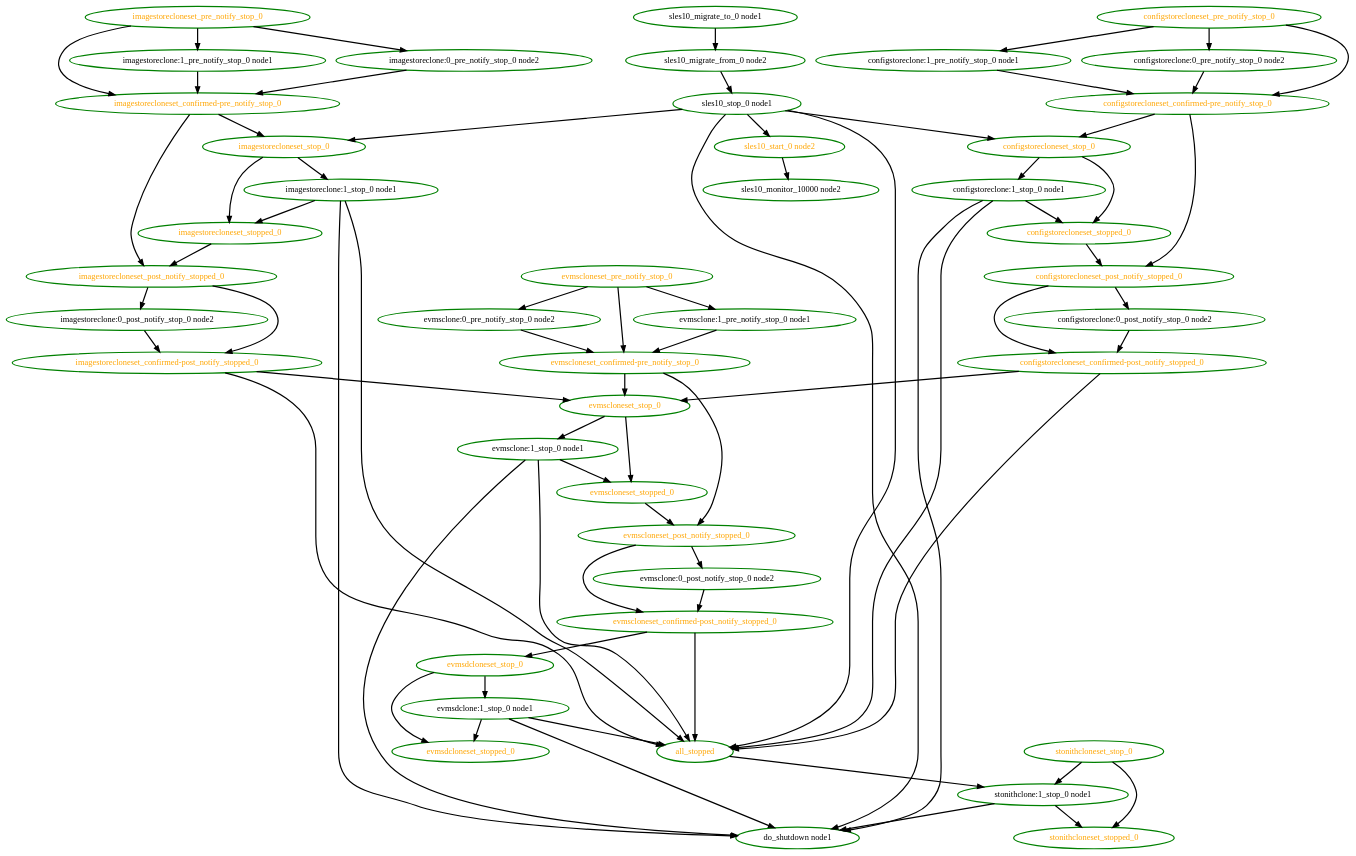
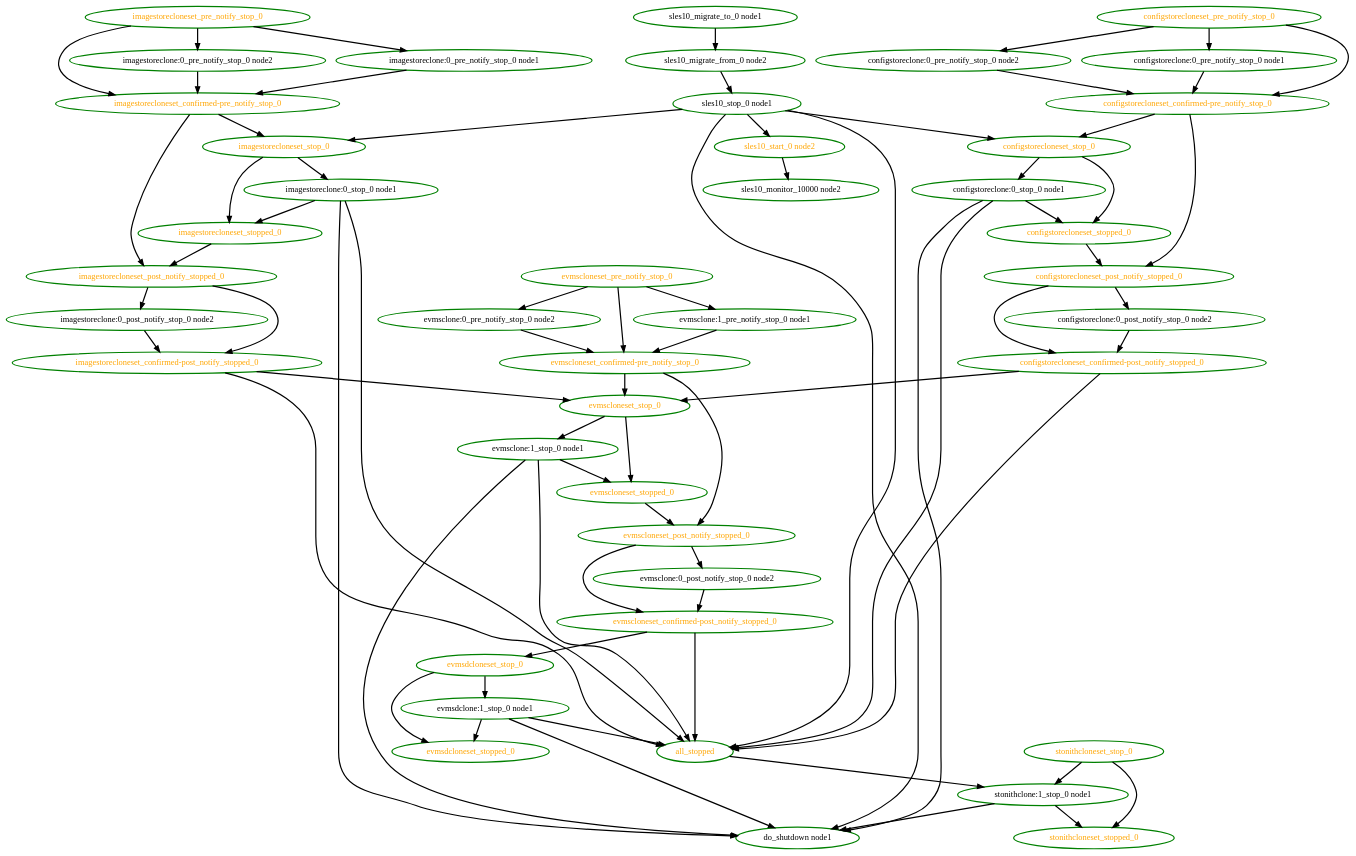
The diagram in pengine/test10/novell-252693.dot (ClusterLabs/pacemaker), drawn with Graphviz before and after one commit. The commit also changed 12 other files, not shown here.

First line of the commit message:
Low: PE: Create the dot graphs based on the resource names from the status section

```diff
--- a/pengine/test10/novell-252693.dot
+++ b/pengine/test10/novell-252693.dot
@@ -1,117 +1,117 @@
  digraph "g" {
 "all_stopped" -> "stonithclone:1_stop_0 node1" [ style = bold]
 "all_stopped" [ style=bold color="green" fontcolor="orange" ]
 "configstoreclone:0_post_notify_stop_0 node2" -> "configstorecloneset_confirmed-post_notify_stopped_0" [ style = bold]
 "configstoreclone:0_post_notify_stop_0 node2" [ style=bold color="green" fontcolor="black" ]
+"configstoreclone:0_pre_notify_stop_0 node1" -> "configstorecloneset_confirmed-pre_notify_stop_0" [ style = bold]
+"configstoreclone:0_pre_notify_stop_0 node1" [ style=bold color="green" fontcolor="black"]
 "configstoreclone:0_pre_notify_stop_0 node2" -> "configstorecloneset_confirmed-pre_notify_stop_0" [ style = bold]
 "configstoreclone:0_pre_notify_stop_0 node2" [ style=bold color="green" fontcolor="black" ]
-"configstoreclone:1_pre_notify_stop_0 node1" -> "configstorecloneset_confirmed-pre_notify_stop_0" [ style = bold]
-"configstoreclone:1_pre_notify_stop_0 node1" [ style=bold color="green" fontcolor="black" ]
-"configstoreclone:1_stop_0 node1" -> "all_stopped" [ style = bold]
-"configstoreclone:1_stop_0 node1" -> "configstorecloneset_stopped_0" [ style = bold]
-"configstoreclone:1_stop_0 node1" -> "do_shutdown node1" [ style = bold]
-"configstoreclone:1_stop_0 node1" [ style=bold color="green" fontcolor="black" ]
+"configstoreclone:0_stop_0 node1" -> "all_stopped" [ style = bold]
+"configstoreclone:0_stop_0 node1" -> "configstorecloneset_stopped_0" [ style = bold]
+"configstoreclone:0_stop_0 node1" -> "do_shutdown node1" [ style = bold]
+"configstoreclone:0_stop_0 node1" [ style=bold color="green" fontcolor="black"]
 "configstorecloneset_confirmed-post_notify_stopped_0" -> "all_stopped" [ style = bold]
 "configstorecloneset_confirmed-post_notify_stopped_0" -> "evmscloneset_stop_0" [ style = bold]
 "configstorecloneset_confirmed-post_notify_stopped_0" [ style=bold color="green" fontcolor="orange" ]
 "configstorecloneset_confirmed-pre_notify_stop_0" -> "configstorecloneset_post_notify_stopped_0" [ style = bold]
 "configstorecloneset_confirmed-pre_notify_stop_0" -> "configstorecloneset_stop_0" [ style = bold]
 "configstorecloneset_confirmed-pre_notify_stop_0" [ style=bold color="green" fontcolor="orange" ]
 "configstorecloneset_post_notify_stopped_0" -> "configstoreclone:0_post_notify_stop_0 node2" [ style = bold]
 "configstorecloneset_post_notify_stopped_0" -> "configstorecloneset_confirmed-post_notify_stopped_0" [ style = bold]
 "configstorecloneset_post_notify_stopped_0" [ style=bold color="green" fontcolor="orange" ]
+"configstorecloneset_pre_notify_stop_0" -> "configstoreclone:0_pre_notify_stop_0 node1" [ style = bold]
 "configstorecloneset_pre_notify_stop_0" -> "configstoreclone:0_pre_notify_stop_0 node2" [ style = bold]
-"configstorecloneset_pre_notify_stop_0" -> "configstoreclone:1_pre_notify_stop_0 node1" [ style = bold]
 "configstorecloneset_pre_notify_stop_0" -> "configstorecloneset_confirmed-pre_notify_stop_0" [ style = bold]
 "configstorecloneset_pre_notify_stop_0" [ style=bold color="green" fontcolor="orange" ]
-"configstorecloneset_stop_0" -> "configstoreclone:1_stop_0 node1" [ style = bold]
+"configstorecloneset_stop_0" -> "configstoreclone:0_stop_0 node1" [ style = bold]
 "configstorecloneset_stop_0" -> "configstorecloneset_stopped_0" [ style = bold]
 "configstorecloneset_stop_0" [ style=bold color="green" fontcolor="orange" ]
 "configstorecloneset_stopped_0" -> "configstorecloneset_post_notify_stopped_0" [ style = bold]
 "configstorecloneset_stopped_0" [ style=bold color="green" fontcolor="orange" ]
 "do_shutdown node1" [ style=bold color="green" fontcolor="black" ]
 "evmsclone:0_post_notify_stop_0 node2" -> "evmscloneset_confirmed-post_notify_stopped_0" [ style = bold]
 "evmsclone:0_post_notify_stop_0 node2" [ style=bold color="green" fontcolor="black" ]
 "evmsclone:0_pre_notify_stop_0 node2" -> "evmscloneset_confirmed-pre_notify_stop_0" [ style = bold]
 "evmsclone:0_pre_notify_stop_0 node2" [ style=bold color="green" fontcolor="black" ]
 "evmsclone:1_pre_notify_stop_0 node1" -> "evmscloneset_confirmed-pre_notify_stop_0" [ style = bold]
 "evmsclone:1_pre_notify_stop_0 node1" [ style=bold color="green" fontcolor="black" ]
 "evmsclone:1_stop_0 node1" -> "all_stopped" [ style = bold]
 "evmsclone:1_stop_0 node1" -> "do_shutdown node1" [ style = bold]
 "evmsclone:1_stop_0 node1" -> "evmscloneset_stopped_0" [ style = bold]
 "evmsclone:1_stop_0 node1" [ style=bold color="green" fontcolor="black" ]
 "evmscloneset_confirmed-post_notify_stopped_0" -> "all_stopped" [ style = bold]
 "evmscloneset_confirmed-post_notify_stopped_0" -> "evmsdcloneset_stop_0" [ style = bold]
 "evmscloneset_confirmed-post_notify_stopped_0" [ style=bold color="green" fontcolor="orange" ]
 "evmscloneset_confirmed-pre_notify_stop_0" -> "evmscloneset_post_notify_stopped_0" [ style = bold]
 "evmscloneset_confirmed-pre_notify_stop_0" -> "evmscloneset_stop_0" [ style = bold]
 "evmscloneset_confirmed-pre_notify_stop_0" [ style=bold color="green" fontcolor="orange" ]
 "evmscloneset_post_notify_stopped_0" -> "evmsclone:0_post_notify_stop_0 node2" [ style = bold]
 "evmscloneset_post_notify_stopped_0" -> "evmscloneset_confirmed-post_notify_stopped_0" [ style = bold]
 "evmscloneset_post_notify_stopped_0" [ style=bold color="green" fontcolor="orange" ]
 "evmscloneset_pre_notify_stop_0" -> "evmsclone:0_pre_notify_stop_0 node2" [ style = bold]
 "evmscloneset_pre_notify_stop_0" -> "evmsclone:1_pre_notify_stop_0 node1" [ style = bold]
 "evmscloneset_pre_notify_stop_0" -> "evmscloneset_confirmed-pre_notify_stop_0" [ style = bold]
 "evmscloneset_pre_notify_stop_0" [ style=bold color="green" fontcolor="orange" ]
 "evmscloneset_stop_0" -> "evmsclone:1_stop_0 node1" [ style = bold]
 "evmscloneset_stop_0" -> "evmscloneset_stopped_0" [ style = bold]
 "evmscloneset_stop_0" [ style=bold color="green" fontcolor="orange" ]
 "evmscloneset_stopped_0" -> "evmscloneset_post_notify_stopped_0" [ style = bold]
 "evmscloneset_stopped_0" [ style=bold color="green" fontcolor="orange" ]
 "evmsdclone:1_stop_0 node1" -> "all_stopped" [ style = bold]
 "evmsdclone:1_stop_0 node1" -> "do_shutdown node1" [ style = bold]
 "evmsdclone:1_stop_0 node1" -> "evmsdcloneset_stopped_0" [ style = bold]
 "evmsdclone:1_stop_0 node1" [ style=bold color="green" fontcolor="black" ]
 "evmsdcloneset_stop_0" -> "evmsdclone:1_stop_0 node1" [ style = bold]
 "evmsdcloneset_stop_0" -> "evmsdcloneset_stopped_0" [ style = bold]
 "evmsdcloneset_stop_0" [ style=bold color="green" fontcolor="orange" ]
 "evmsdcloneset_stopped_0" [ style=bold color="green" fontcolor="orange" ]
 "imagestoreclone:0_post_notify_stop_0 node2" -> "imagestorecloneset_confirmed-post_notify_stopped_0" [ style = bold]
 "imagestoreclone:0_post_notify_stop_0 node2" [ style=bold color="green" fontcolor="black" ]
+"imagestoreclone:0_pre_notify_stop_0 node1" -> "imagestorecloneset_confirmed-pre_notify_stop_0" [ style = bold]
+"imagestoreclone:0_pre_notify_stop_0 node1" [ style=bold color="green" fontcolor="black"]
 "imagestoreclone:0_pre_notify_stop_0 node2" -> "imagestorecloneset_confirmed-pre_notify_stop_0" [ style = bold]
 "imagestoreclone:0_pre_notify_stop_0 node2" [ style=bold color="green" fontcolor="black" ]
-"imagestoreclone:1_pre_notify_stop_0 node1" -> "imagestorecloneset_confirmed-pre_notify_stop_0" [ style = bold]
-"imagestoreclone:1_pre_notify_stop_0 node1" [ style=bold color="green" fontcolor="black" ]
-"imagestoreclone:1_stop_0 node1" -> "all_stopped" [ style = bold]
-"imagestoreclone:1_stop_0 node1" -> "do_shutdown node1" [ style = bold]
-"imagestoreclone:1_stop_0 node1" -> "imagestorecloneset_stopped_0" [ style = bold]
-"imagestoreclone:1_stop_0 node1" [ style=bold color="green" fontcolor="black" ]
+"imagestoreclone:0_stop_0 node1" -> "all_stopped" [ style = bold]
+"imagestoreclone:0_stop_0 node1" -> "do_shutdown node1" [ style = bold]
+"imagestoreclone:0_stop_0 node1" -> "imagestorecloneset_stopped_0" [ style = bold]
+"imagestoreclone:0_stop_0 node1" [ style=bold color="green" fontcolor="black"]
 "imagestorecloneset_confirmed-post_notify_stopped_0" -> "all_stopped" [ style = bold]
 "imagestorecloneset_confirmed-post_notify_stopped_0" -> "evmscloneset_stop_0" [ style = bold]
 "imagestorecloneset_confirmed-post_notify_stopped_0" [ style=bold color="green" fontcolor="orange" ]
 "imagestorecloneset_confirmed-pre_notify_stop_0" -> "imagestorecloneset_post_notify_stopped_0" [ style = bold]
 "imagestorecloneset_confirmed-pre_notify_stop_0" -> "imagestorecloneset_stop_0" [ style = bold]
 "imagestorecloneset_confirmed-pre_notify_stop_0" [ style=bold color="green" fontcolor="orange" ]
 "imagestorecloneset_post_notify_stopped_0" -> "imagestoreclone:0_post_notify_stop_0 node2" [ style = bold]
 "imagestorecloneset_post_notify_stopped_0" -> "imagestorecloneset_confirmed-post_notify_stopped_0" [ style = bold]
 "imagestorecloneset_post_notify_stopped_0" [ style=bold color="green" fontcolor="orange" ]
+"imagestorecloneset_pre_notify_stop_0" -> "imagestoreclone:0_pre_notify_stop_0 node1" [ style = bold]
 "imagestorecloneset_pre_notify_stop_0" -> "imagestoreclone:0_pre_notify_stop_0 node2" [ style = bold]
-"imagestorecloneset_pre_notify_stop_0" -> "imagestoreclone:1_pre_notify_stop_0 node1" [ style = bold]
 "imagestorecloneset_pre_notify_stop_0" -> "imagestorecloneset_confirmed-pre_notify_stop_0" [ style = bold]
 "imagestorecloneset_pre_notify_stop_0" [ style=bold color="green" fontcolor="orange" ]
-"imagestorecloneset_stop_0" -> "imagestoreclone:1_stop_0 node1" [ style = bold]
+"imagestorecloneset_stop_0" -> "imagestoreclone:0_stop_0 node1" [ style = bold]
 "imagestorecloneset_stop_0" -> "imagestorecloneset_stopped_0" [ style = bold]
 "imagestorecloneset_stop_0" [ style=bold color="green" fontcolor="orange" ]
 "imagestorecloneset_stopped_0" -> "imagestorecloneset_post_notify_stopped_0" [ style = bold]
 "imagestorecloneset_stopped_0" [ style=bold color="green" fontcolor="orange" ]
 "sles10_migrate_from_0 node2" -> "sles10_stop_0 node1" [ style = bold]
 "sles10_migrate_from_0 node2" [ style=bold color="green" fontcolor="black" ]
 "sles10_migrate_to_0 node1" -> "sles10_migrate_from_0 node2" [ style = bold]
 "sles10_migrate_to_0 node1" [ style=bold color="green" fontcolor="black" ]
 "sles10_monitor_10000 node2" [ style=bold color="green" fontcolor="black" ]
 "sles10_start_0 node2" -> "sles10_monitor_10000 node2" [ style = bold]
 "sles10_start_0 node2" [ style=bold color="green" fontcolor="orange" ]
 "sles10_stop_0 node1" -> "all_stopped" [ style = bold]
 "sles10_stop_0 node1" -> "configstorecloneset_stop_0" [ style = bold]
 "sles10_stop_0 node1" -> "do_shutdown node1" [ style = bold]
 "sles10_stop_0 node1" -> "imagestorecloneset_stop_0" [ style = bold]
 "sles10_stop_0 node1" -> "sles10_start_0 node2" [ style = bold]
 "sles10_stop_0 node1" [ style=bold color="green" fontcolor="black" ]
 "stonithclone:1_stop_0 node1" -> "do_shutdown node1" [ style = bold]
 "stonithclone:1_stop_0 node1" -> "stonithcloneset_stopped_0" [ style = bold]
 "stonithclone:1_stop_0 node1" [ style=bold color="green" fontcolor="black" ]
 "stonithcloneset_stop_0" -> "stonithclone:1_stop_0 node1" [ style = bold]
 "stonithcloneset_stop_0" -> "stonithcloneset_stopped_0" [ style = bold]
 "stonithcloneset_stop_0" [ style=bold color="green" fontcolor="orange" ]
 "stonithcloneset_stopped_0" [ style=bold color="green" fontcolor="orange" ]
 }
```
